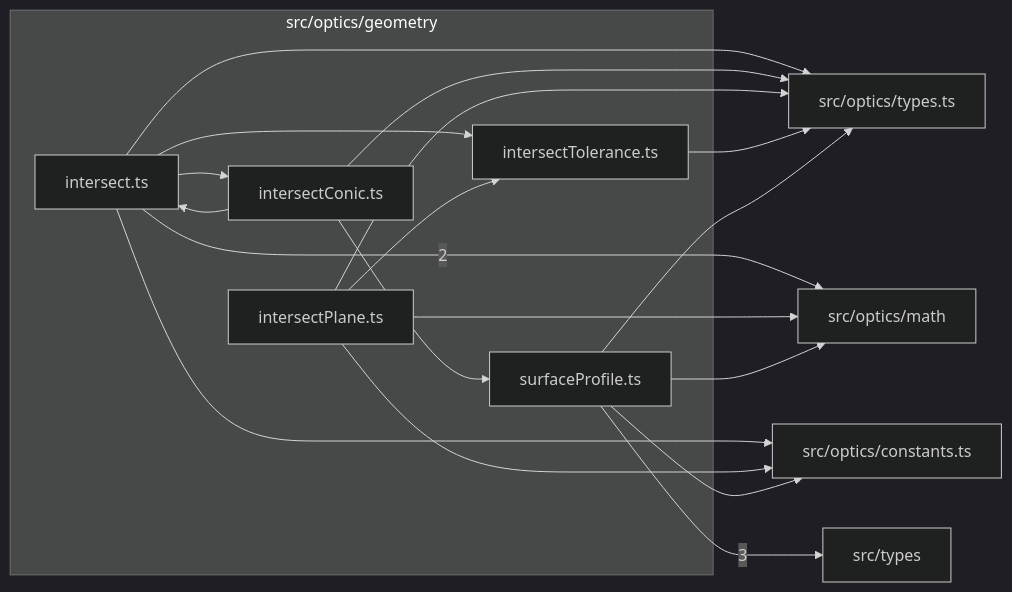
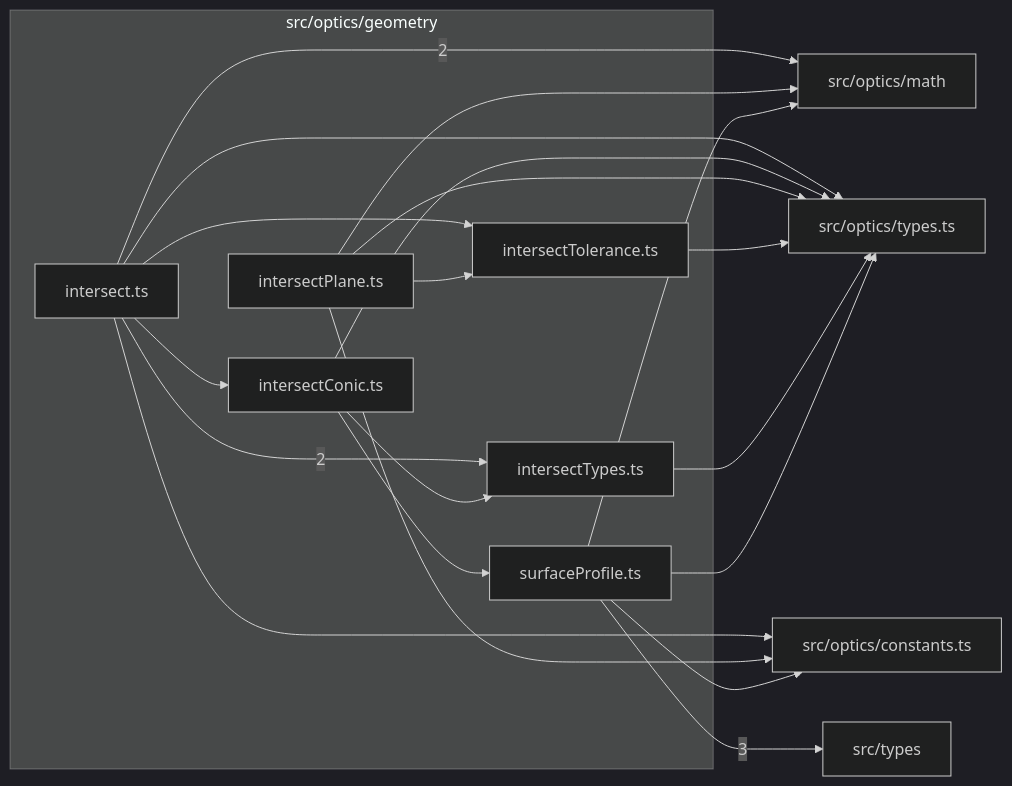
One commit to ronbuening/LensVisualizer changed the diagram in src/optics/geometry/readme.md. Above: the diagram before and after it, drawn with Mermaid (dark theme). The commit also changed other lines of this file and 4 other files, not shown here.

````diff
--- a/src/optics/geometry/readme.md
+++ b/src/optics/geometry/readme.md
@@ -9,31 +9,34 @@
 ```mermaid
 flowchart LR
   subgraph n_src_optics_geometry["src/optics/geometry"]
     n_src_optics_geometry_src_optics_geometry_intersect_ts["intersect.ts"]
     n_src_optics_geometry_src_optics_geometry_intersectConic_ts["intersectConic.ts"]
     n_src_optics_geometry_src_optics_geometry_intersectPlane_ts["intersectPlane.ts"]
     n_src_optics_geometry_src_optics_geometry_intersectTolerance_ts["intersectTolerance.ts"]
+    n_src_optics_geometry_src_optics_geometry_intersectTypes_ts["intersectTypes.ts"]
     n_src_optics_geometry_src_optics_geometry_surfaceProfile_ts["surfaceProfile.ts"]
   end
   n_external_src_types["src/types"]
   n_external_src_optics_math["src/optics/math"]
   n_external_src_optics_constants_ts["src/optics/constants.ts"]
   n_external_src_optics_types_ts["src/optics/types.ts"]
   n_src_optics_geometry_src_optics_geometry_surfaceProfile_ts --> |3| n_external_src_types
   n_src_optics_geometry_src_optics_geometry_intersect_ts --> |2| n_external_src_optics_math
+  n_src_optics_geometry_src_optics_geometry_intersect_ts --> |2| n_src_optics_geometry_src_optics_geometry_intersectTypes_ts
   n_src_optics_geometry_src_optics_geometry_intersect_ts --> n_external_src_optics_constants_ts
   n_src_optics_geometry_src_optics_geometry_intersectPlane_ts --> n_external_src_optics_constants_ts
   n_src_optics_geometry_src_optics_geometry_surfaceProfile_ts --> n_external_src_optics_constants_ts
   n_src_optics_geometry_src_optics_geometry_intersectPlane_ts --> n_external_src_optics_math
   n_src_optics_geometry_src_optics_geometry_surfaceProfile_ts --> n_external_src_optics_math
   n_src_optics_geometry_src_optics_geometry_intersect_ts --> n_external_src_optics_types_ts
   n_src_optics_geometry_src_optics_geometry_intersectConic_ts --> n_external_src_optics_types_ts
   n_src_optics_geometry_src_optics_geometry_intersectPlane_ts --> n_external_src_optics_types_ts
   n_src_optics_geometry_src_optics_geometry_intersectTolerance_ts --> n_external_src_optics_types_ts
+  n_src_optics_geometry_src_optics_geometry_intersectTypes_ts --> n_external_src_optics_types_ts
   n_src_optics_geometry_src_optics_geometry_surfaceProfile_ts --> n_external_src_optics_types_ts
-  n_src_optics_geometry_src_optics_geometry_intersectConic_ts --> n_src_optics_geometry_src_optics_geometry_intersect_ts
   n_src_optics_geometry_src_optics_geometry_intersect_ts --> n_src_optics_geometry_src_optics_geometry_intersectConic_ts
   n_src_optics_geometry_src_optics_geometry_intersect_ts --> n_src_optics_geometry_src_optics_geometry_intersectTolerance_ts
   n_src_optics_geometry_src_optics_geometry_intersectPlane_ts --> n_src_optics_geometry_src_optics_geometry_intersectTolerance_ts
+  n_src_optics_geometry_src_optics_geometry_intersectConic_ts --> n_src_optics_geometry_src_optics_geometry_intersectTypes_ts
   n_src_optics_geometry_src_optics_geometry_intersectConic_ts --> n_src_optics_geometry_src_optics_geometry_surfaceProfile_ts
 ```
````
